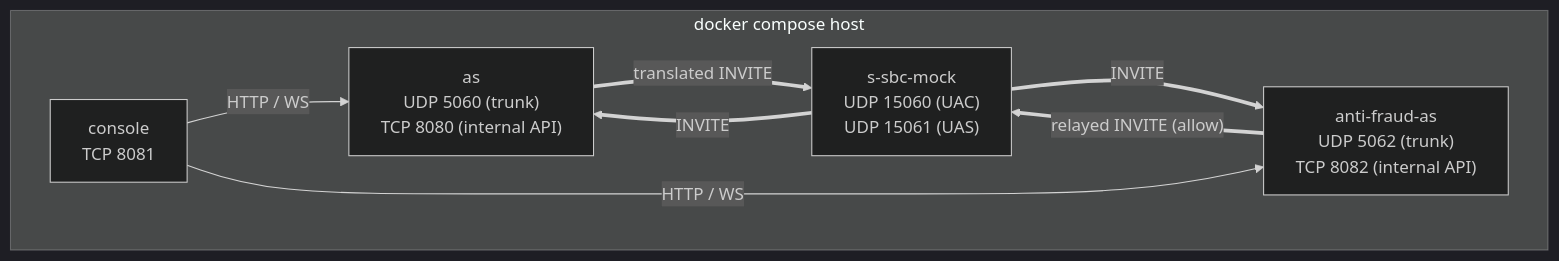
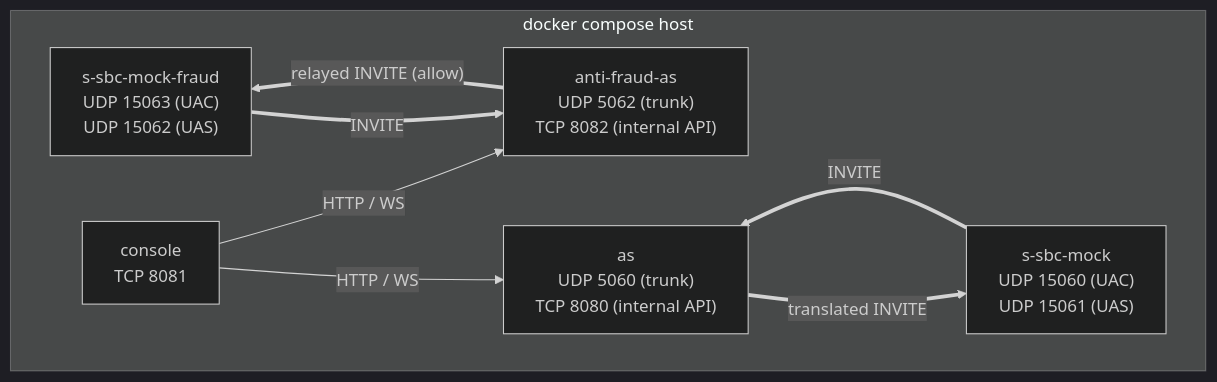
The fifth of 6 diagrams in docs/architecture/hld.md (dolanshu/3rdparty_AS_POC), drawn with Mermaid (dark theme) before and after one commit. The commit also changed other lines of this file and 10 other files, not shown here.

````diff
--- a/docs/architecture/hld.md
+++ b/docs/architecture/hld.md
@@ -176,15 +178,16 @@
 ```mermaid
 graph TB
     subgraph host["docker compose host"]
         AS["as<br/>UDP 5060 (trunk)<br/>TCP 8080 (internal API)"]
         FRAUD["anti-fraud-as<br/>UDP 5062 (trunk)<br/>TCP 8082 (internal API)"]
         MOCK["s-sbc-mock<br/>UDP 15060 (UAC)<br/>UDP 15061 (UAS)"]
+        MOCKF["s-sbc-mock-fraud<br/>UDP 15063 (UAC)<br/>UDP 15062 (UAS)"]
         CONSOLE["console<br/>TCP 8081"]
     end
     MOCK == "INVITE" ==> AS
-    MOCK == "INVITE" ==> FRAUD
+    MOCKF == "INVITE" ==> FRAUD
     AS == "translated INVITE" ==> MOCK
-    FRAUD == "relayed INVITE (allow)" ==> MOCK
+    FRAUD == "relayed INVITE (allow)" ==> MOCKF
     CONSOLE -- "HTTP / WS" --> AS
     CONSOLE -- "HTTP / WS" --> FRAUD
 ```
````
